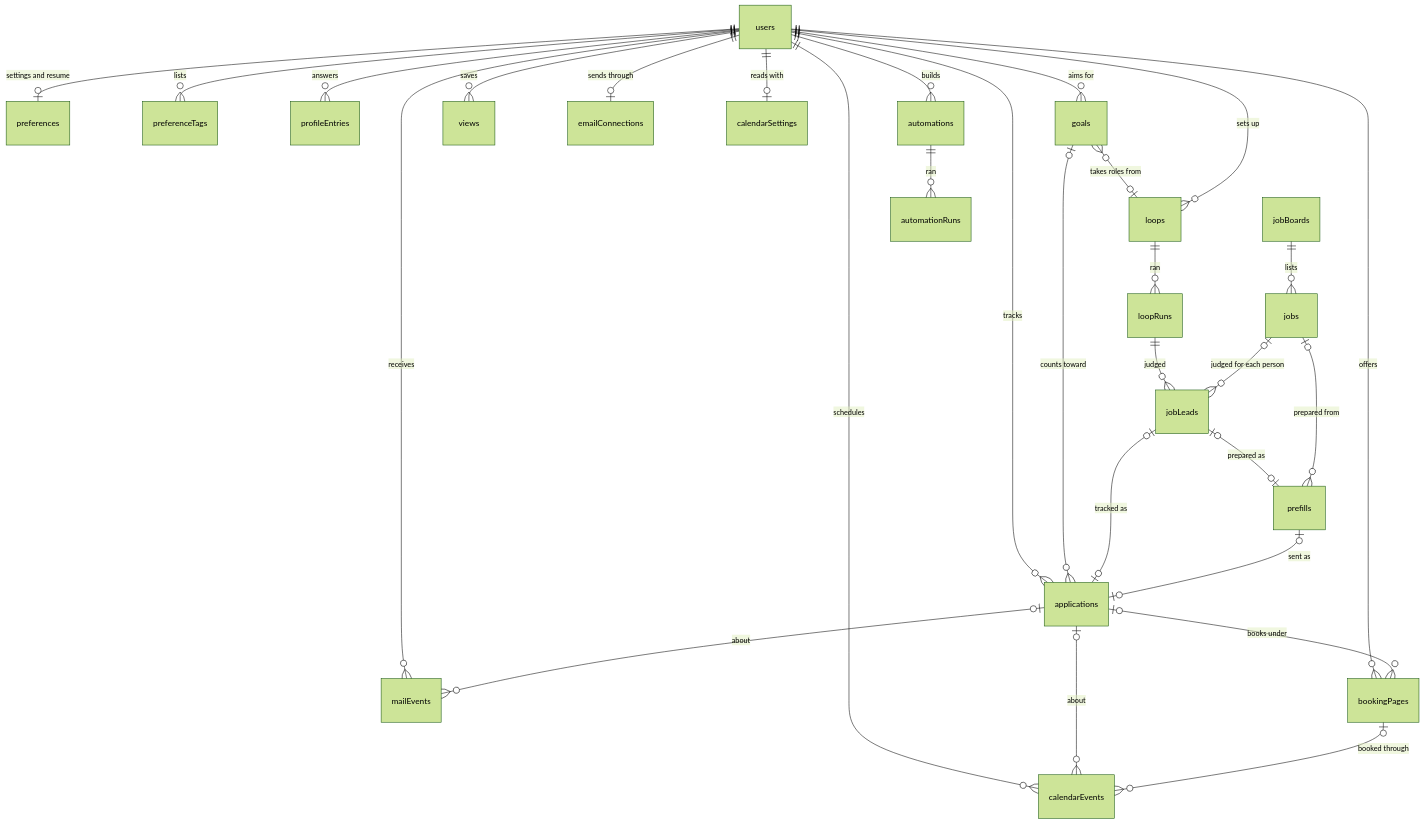
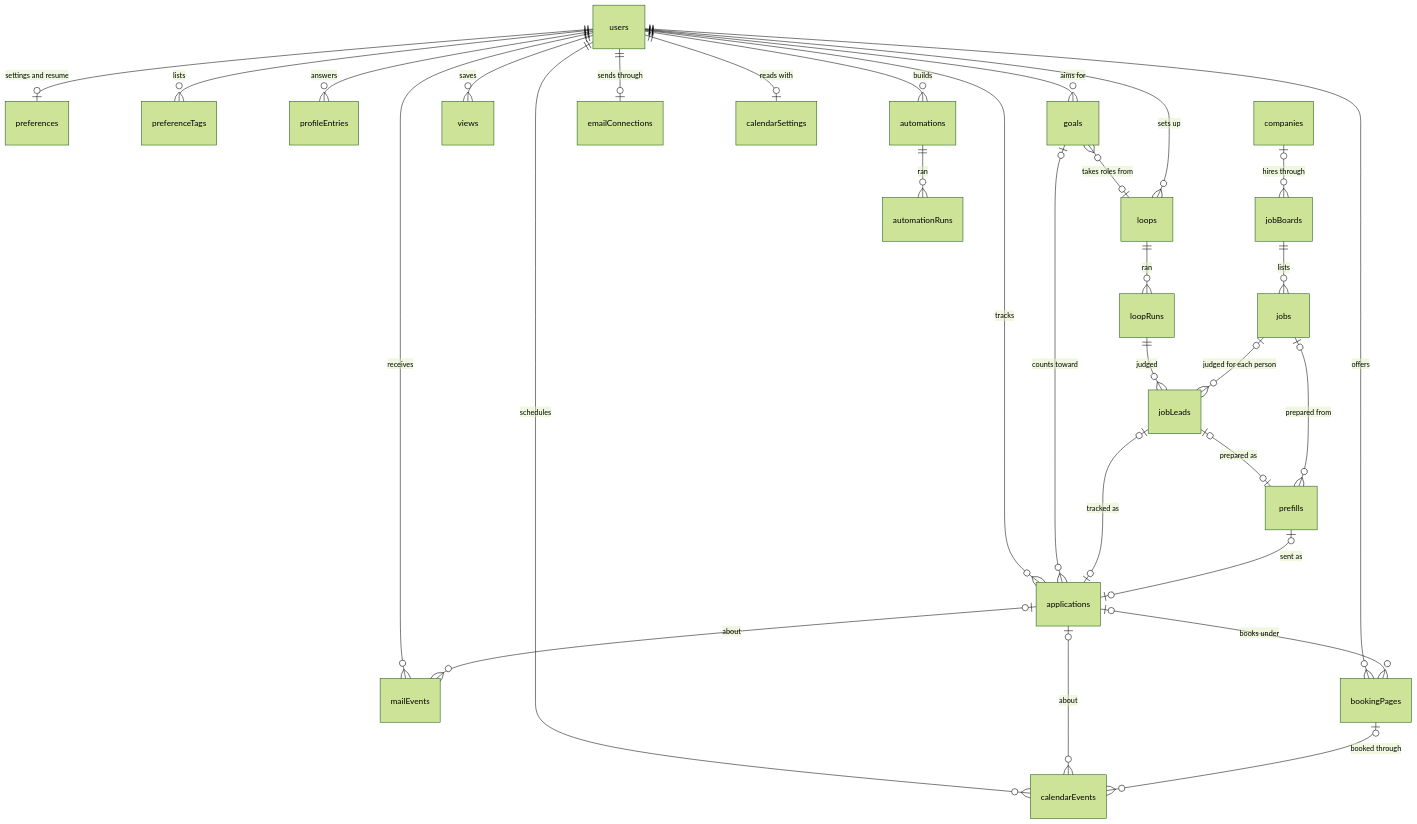
The first of 3 diagrams in docs/database-design.md (saranatour1/job-tracking-helper), drawn with Mermaid (forest theme) before and after one commit. The commit also changed other lines of this file and 20 other files, not shown here.

````diff
--- a/docs/database-design.md
+++ b/docs/database-design.md
@@ -27,31 +27,32 @@
 ```mermaid
 erDiagram
     users ||--o| preferences : "settings and resume"
     users ||--o{ preferenceTags : "lists"
     users ||--o{ profileEntries : "answers"
     users ||--o{ applications : tracks
     users ||--o{ goals : "aims for"
     users ||--o{ views : saves
     goals |o--o{ applications : "counts toward"
     goals }o--o| loops : "takes roles from"
     jobBoards ||--o{ jobs : lists
+    companies |o--o{ jobBoards : "hires through"
     users ||--o{ loops : "sets up"
     loops ||--o{ loopRuns : ran
     loopRuns ||--o{ jobLeads : judged
     jobs |o--o{ jobLeads : "judged for each person"
     jobLeads |o--o| applications : "tracked as"
     jobLeads |o--o| prefills : "prepared as"
     jobs |o--o{ prefills : "prepared from"
     prefills |o--o| applications : "sent as"
     users ||--o| emailConnections : "sends through"
     users ||--o{ mailEvents : receives
     applications |o--o{ mailEvents : "about"
     users ||--o{ calendarEvents : schedules
     users ||--o| calendarSettings : "reads with"
     applications |o--o{ calendarEvents : "about"
     users ||--o{ bookingPages : offers
     bookingPages |o--o{ calendarEvents : "booked through"
     applications |o--o{ bookingPages : "books under"
     users ||--o{ automations : builds
     automations ||--o{ automationRuns : ran
 ```
````
